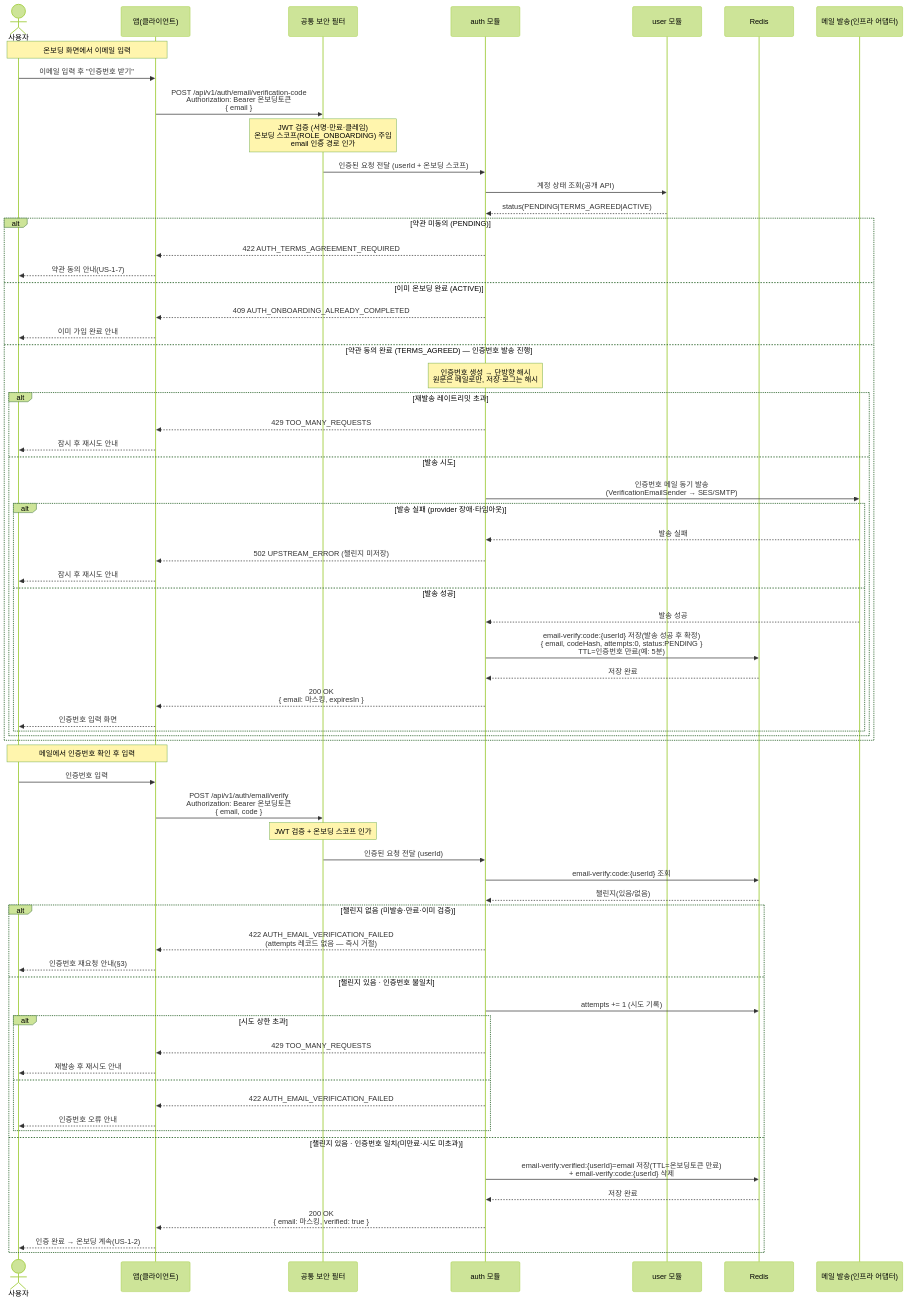
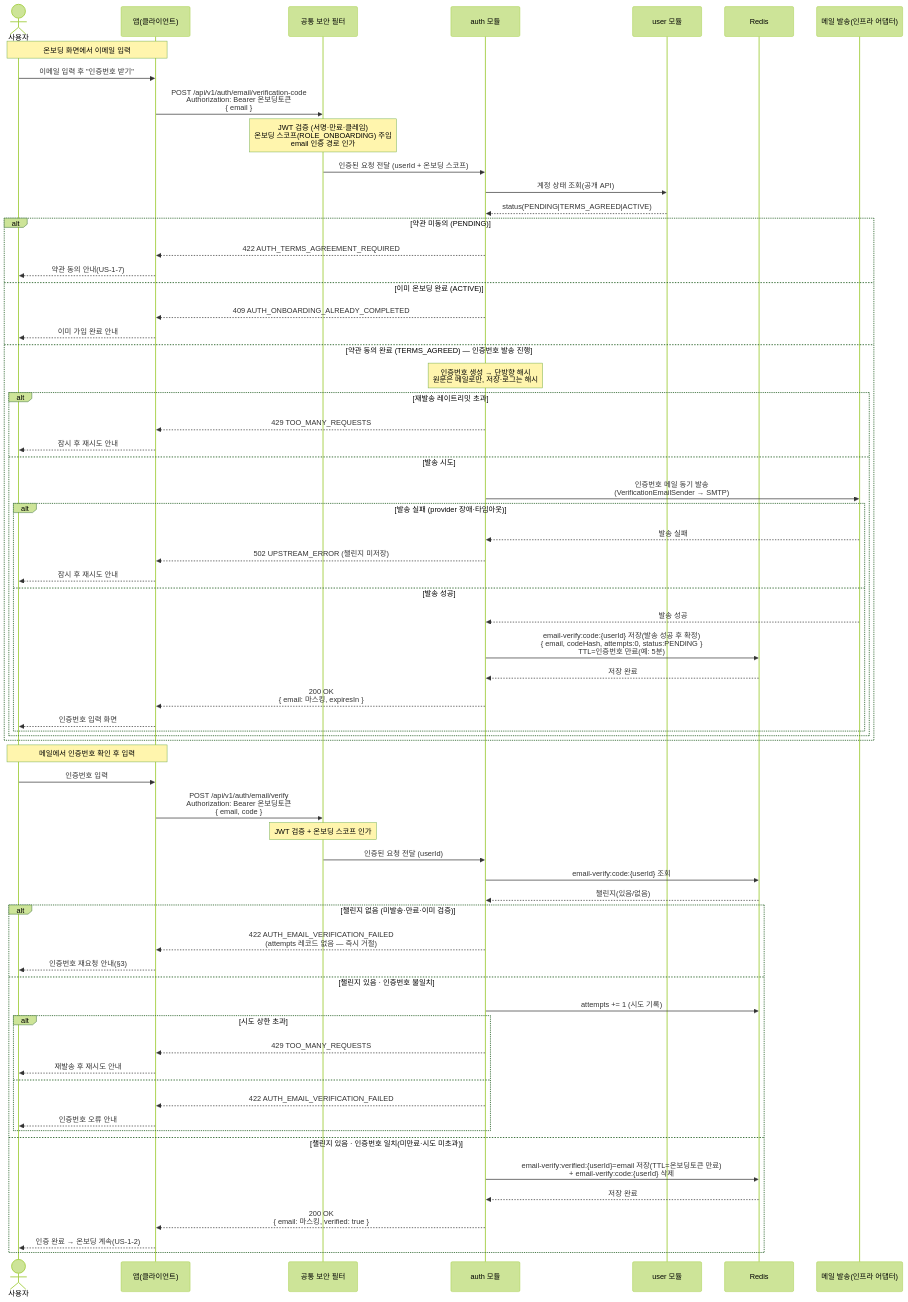
The diagram in docs/architecture/sequence-diagrams/01-auth-onboarding/us-1-6-email-verification.md (jameskim9509/Kohere-backend), drawn with Mermaid (forest theme) before and after one commit. The commit also changed other lines of this file and 6 other files, not shown here.

First line of the commit message:
docs(auth): 임대인 온보딩 시퀀스 다이어그램 추가·갱신

````diff
--- a/docs/architecture/sequence-diagrams/01-auth-onboarding/us-1-6-email-verification.md
+++ b/docs/architecture/sequence-diagrams/01-auth-onboarding/us-1-6-email-verification.md
@@ -7,70 +7,70 @@
 ```mermaid
 sequenceDiagram
     actor U as 사용자
     participant C as 앱(클라이언트)
     participant SEC as 공통 보안 필터
     participant AUTH as auth 모듈
     participant USER as user 모듈
     participant RDS as Redis
     participant MAIL as 메일 발송(인프라 어댑터)
 
     Note over U,C: 온보딩 화면에서 이메일 입력
     U->>C: 이메일 입력 후 "인증번호 받기"
     C->>SEC: POST /api/v1/auth/email/verification-code<br/>Authorization: Bearer 온보딩토큰<br/>{ email }
     Note over SEC: JWT 검증 (서명·만료·클레임)<br/>온보딩 스코프(ROLE_ONBOARDING) 주입<br/>email 인증 경로 인가
     SEC->>AUTH: 인증된 요청 전달 (userId + 온보딩 스코프)
     AUTH->>USER: 계정 상태 조회(공개 API)
     USER-->>AUTH: status(PENDING|TERMS_AGREED|ACTIVE)
     alt 약관 미동의 (PENDING)
         AUTH-->>C: 422 AUTH_TERMS_AGREEMENT_REQUIRED
         C-->>U: 약관 동의 안내(US-1-7)
     else 이미 온보딩 완료 (ACTIVE)
         AUTH-->>C: 409 AUTH_ONBOARDING_ALREADY_COMPLETED
         C-->>U: 이미 가입 완료 안내
     else 약관 동의 완료 (TERMS_AGREED) — 인증번호 발송 진행
         Note over AUTH: 인증번호 생성 → 단방향 해시<br/>원문은 메일로만, 저장·로그는 해시
         alt 재발송 레이트리밋 초과
             AUTH-->>C: 429 TOO_MANY_REQUESTS
             C-->>U: 잠시 후 재시도 안내
         else 발송 시도
-            AUTH->>MAIL: 인증번호 메일 동기 발송<br/>(VerificationEmailSender → SES/SMTP)
+            AUTH->>MAIL: 인증번호 메일 동기 발송<br/>(VerificationEmailSender → SMTP)
             alt 발송 실패 (provider 장애·타임아웃)
                 MAIL-->>AUTH: 발송 실패
                 AUTH-->>C: 502 UPSTREAM_ERROR (챌린지 미저장)
                 C-->>U: 잠시 후 재시도 안내
             else 발송 성공
                 MAIL-->>AUTH: 발송 성공
                 AUTH->>RDS: email-verify:code:{userId} 저장(발송 성공 후 확정)<br/>{ email, codeHash, attempts:0, status:PENDING }<br/>TTL=인증번호 만료(예: 5분)
                 RDS-->>AUTH: 저장 완료
                 AUTH-->>C: 200 OK<br/>{ email: 마스킹, expiresIn }
                 C-->>U: 인증번호 입력 화면
             end
         end
     end
 
     Note over U,C: 메일에서 인증번호 확인 후 입력
     U->>C: 인증번호 입력
     C->>SEC: POST /api/v1/auth/email/verify<br/>Authorization: Bearer 온보딩토큰<br/>{ email, code }
     Note over SEC: JWT 검증 + 온보딩 스코프 인가
     SEC->>AUTH: 인증된 요청 전달 (userId)
     AUTH->>RDS: email-verify:code:{userId} 조회
     RDS-->>AUTH: 챌린지(있음/없음)
     alt 챌린지 없음 (미발송·만료·이미 검증)
         AUTH-->>C: 422 AUTH_EMAIL_VERIFICATION_FAILED<br/>(attempts 레코드 없음 — 즉시 거절)
         C-->>U: 인증번호 재요청 안내(§3)
     else 챌린지 있음 · 인증번호 불일치
         AUTH->>RDS: attempts += 1 (시도 기록)
         alt 시도 상한 초과
             AUTH-->>C: 429 TOO_MANY_REQUESTS
             C-->>U: 재발송 후 재시도 안내
         else
             AUTH-->>C: 422 AUTH_EMAIL_VERIFICATION_FAILED
             C-->>U: 인증번호 오류 안내
         end
     else 챌린지 있음 · 인증번호 일치(미만료·시도 미초과)
         AUTH->>RDS: email-verify:verified:{userId}=email 저장(TTL=온보딩토큰 만료)<br/>+ email-verify:code:{userId} 삭제
         RDS-->>AUTH: 저장 완료
         AUTH-->>C: 200 OK<br/>{ email: 마스킹, verified: true }
         C-->>U: 인증 완료 → 온보딩 계속(US-1-2)
     end
 ```
````
